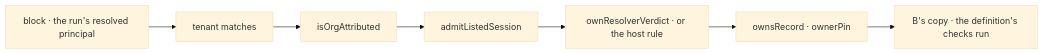
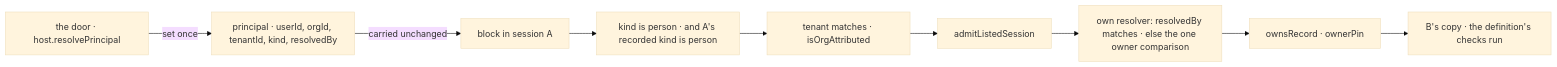
The third of 3 diagrams in specs/issues/FIX-2942/SPEC.md (fixpoint-labs/flow-state-dev), drawn with Mermaid (base theme) before and after one commit. The commit also changed other lines of this file and 2 other files, not shown here.

First line of the commit message:
spec(FIX-2942): one principal set at the door; kind, one owner compare, resolver match, backfill

````diff
--- a/specs/issues/FIX-2942/SPEC.md
+++ b/specs/issues/FIX-2942/SPEC.md
@@ -81,9 +81,11 @@
 ```mermaid
 flowchart LR
-  B["block · the run's resolved principal"] --> T["tenant matches"]
-  T --> O["isOrgAttributed"]
-  O --> L["admitListedSession"]
-  L --> V["ownResolverVerdict · or the host rule"]
+  D["the door · host.resolvePrincipal"] -->|"set once"| P["principal · userId, orgId, tenantId, kind, resolvedBy"]
+  P -->|"carried unchanged"| B["block in session A"]
+  B --> K["kind is person · and A's recorded kind is person"]
+  K --> T["tenant matches · isOrgAttributed"]
+  T --> L["admitListedSession"]
+  L --> V["own resolver: resolvedBy matches · else the one owner comparison"]
   V --> W["ownsRecord · ownerPin"]
   W --> C["B's copy · the definition's checks run"]
 ```
````
